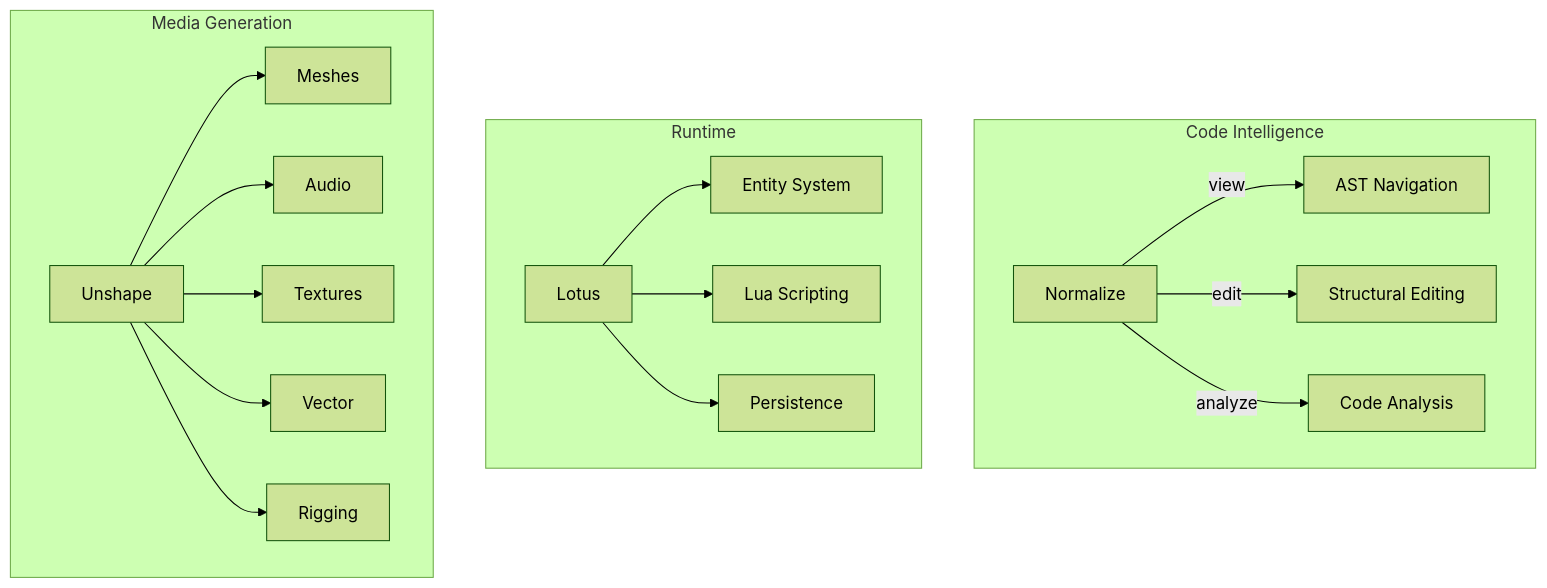
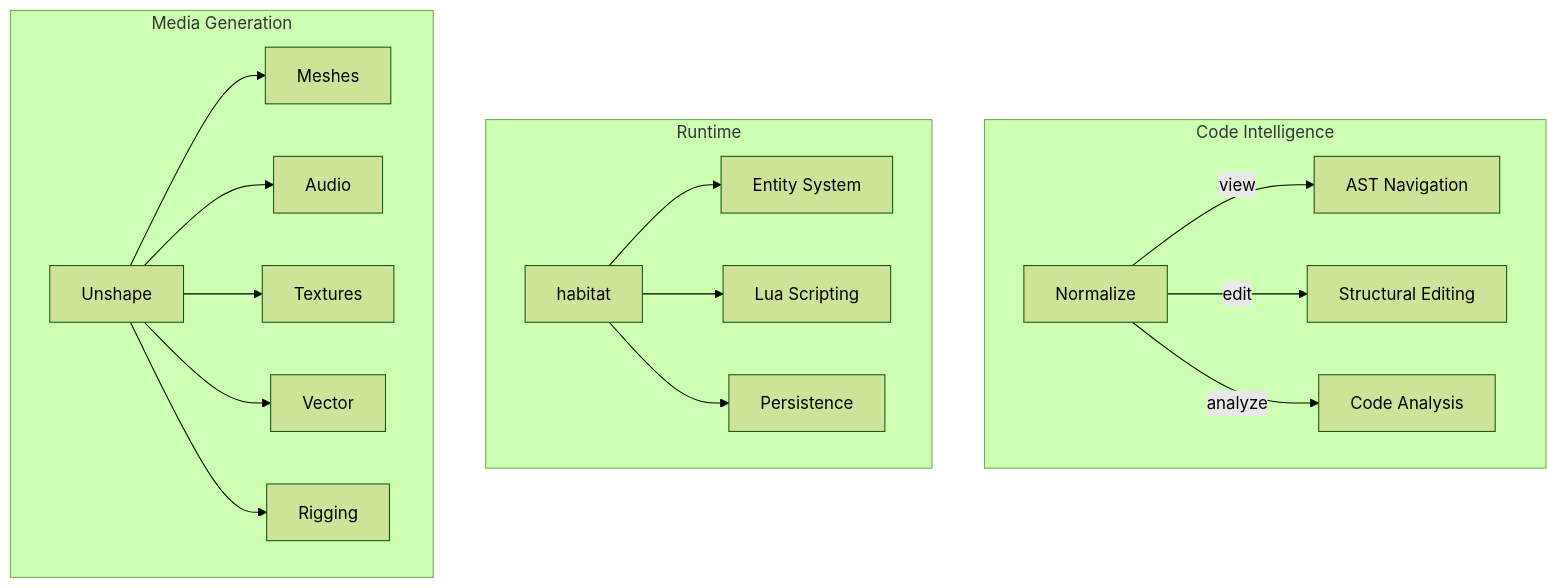
One commit to rhi-zone/rhi-zone.github.io changed the first of 7 diagrams in docs/architecture.md. Above: the diagram before and after it, drawn with Mermaid (forest theme). The commit also changed other lines of this file and 20 other files, not shown here.

First line of the commit message:
docs: add project maturity status, rename Lotus→habitat

````diff
--- a/docs/architecture.md
+++ b/docs/architecture.md
@@ -7,25 +7,25 @@
 ```mermaid
 graph TB
     subgraph "Code Intelligence"
         M[Normalize]
         M --> |view| AST[AST Navigation]
         M --> |edit| SE[Structural Editing]
         M --> |analyze| AN[Code Analysis]
     end
 
     subgraph "Runtime"
-        L[Lotus]
+        L[habitat]
         L --> ES[Entity System]
         L --> LUA[Lua Scripting]
         L --> PS[Persistence]
     end
 
     subgraph "Media Generation"
         R[Unshape]
         R --> MESH[Meshes]
         R --> AUD[Audio]
         R --> TEX[Textures]
         R --> VEC[Vector]
         R --> RIG[Rigging]
     end
 ```
````
